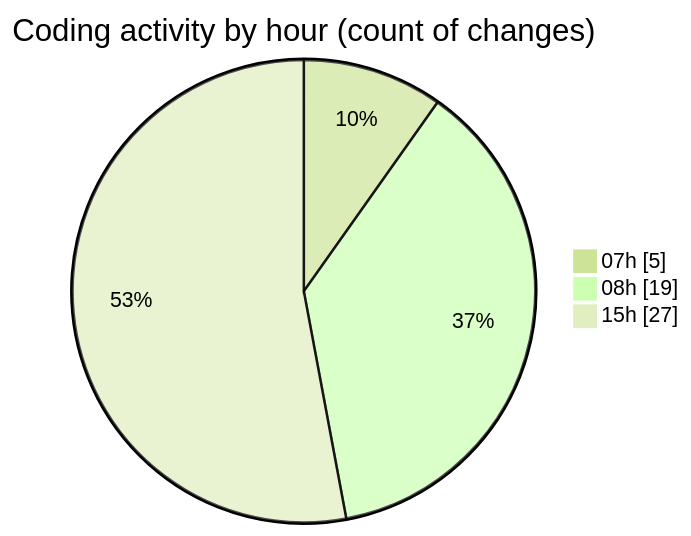
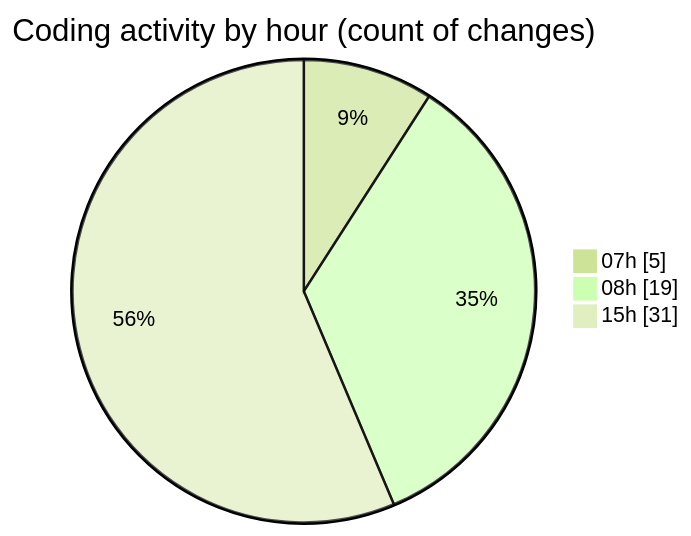
One commit to robertbonfada/code-tracking changed the second of 2 diagrams in 2025-02-07/mbc-web/README.md. Above: the diagram before and after it, drawn with Mermaid (forest theme). The commit also changed other lines of this file and 1 other file, not shown here.

````diff
--- a/2025-02-07/mbc-web/README.md
+++ b/2025-02-07/mbc-web/README.md
@@ -36,7 +36,7 @@
 ```mermaid
 pie showData
 title Coding activity by hour (count of changes)
 "07h" : 5
 "08h" : 19
-"15h" : 27
+"15h" : 31
 ```
````
